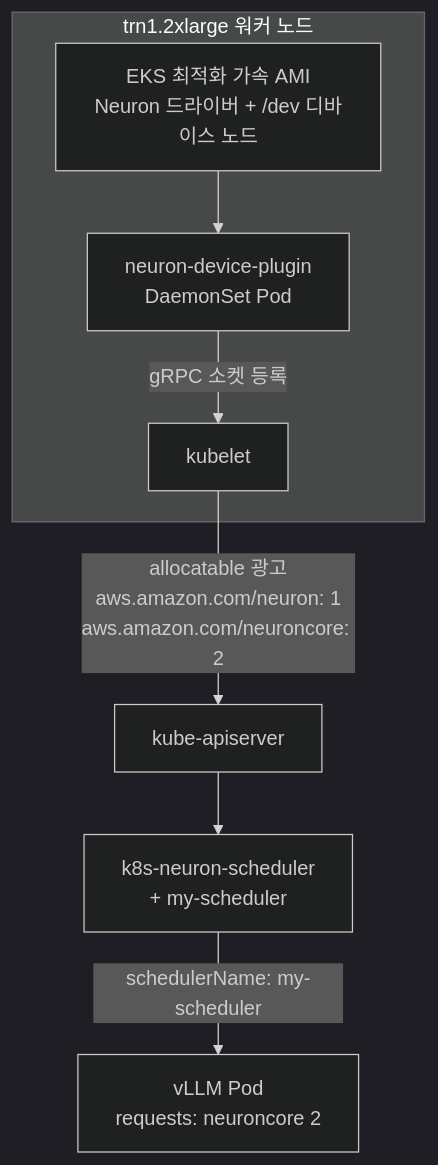
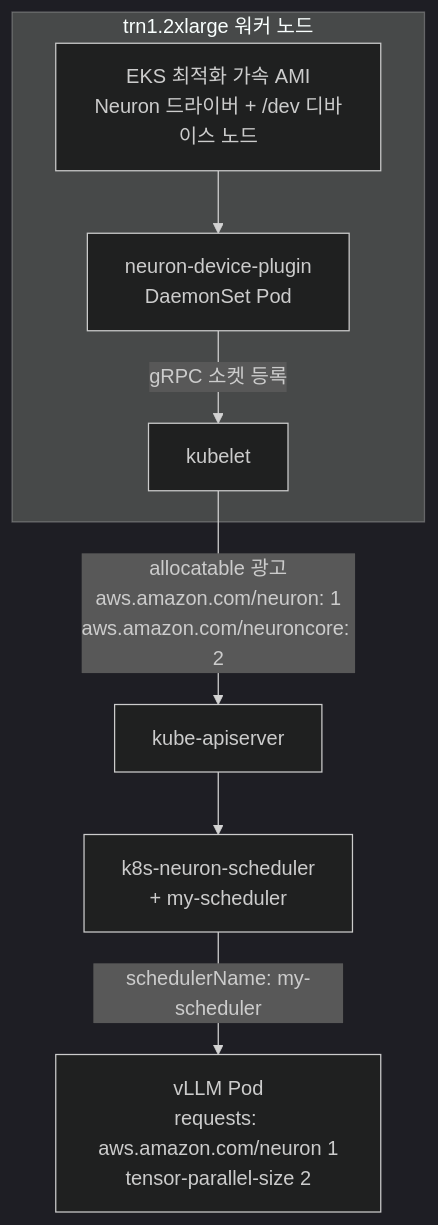
The first of 2 diagrams in _posts/2026-09-11-Kubernetes-LLM-Serving-Optimization-08-00-EKS-Workshop-Overview.md (sirzzang/sirzzang.github.io), drawn with Mermaid (dark theme) before and after one commit. The commit also changed other lines of this file and 8 other files, not shown here.

````diff
--- a/_posts/2026-09-11-Kubernetes-LLM-Serving-Optimization-08-00-EKS-Workshop-Overview.md
+++ b/_posts/2026-09-11-Kubernetes-LLM-Serving-Optimization-08-00-EKS-Workshop-Overview.md
@@ -187,13 +203,13 @@
 ```mermaid
 flowchart TD
     subgraph node["trn1.2xlarge 워커 노드"]
         ami["EKS 최적화 가속 AMI<br/>Neuron 드라이버 + /dev 디바이스 노드"]
         dp["neuron-device-plugin<br/>DaemonSet Pod"]
         kubelet["kubelet"]
         ami --> dp
         dp -- "gRPC 소켓 등록" --> kubelet
     end
     kubelet -- "allocatable 광고<br/>aws.amazon.com/neuron: 1<br/>aws.amazon.com/neuroncore: 2" --> api["kube-apiserver"]
     api --> sched["k8s-neuron-scheduler<br/>+ my-scheduler"]
-    sched -- "schedulerName: my-scheduler" --> pod["vLLM Pod<br/>requests: neuroncore 2"]
+    sched -- "schedulerName: my-scheduler" --> pod["vLLM Pod<br/>requests: aws.amazon.com/neuron 1<br/>tensor-parallel-size 2"]
 ```
````
